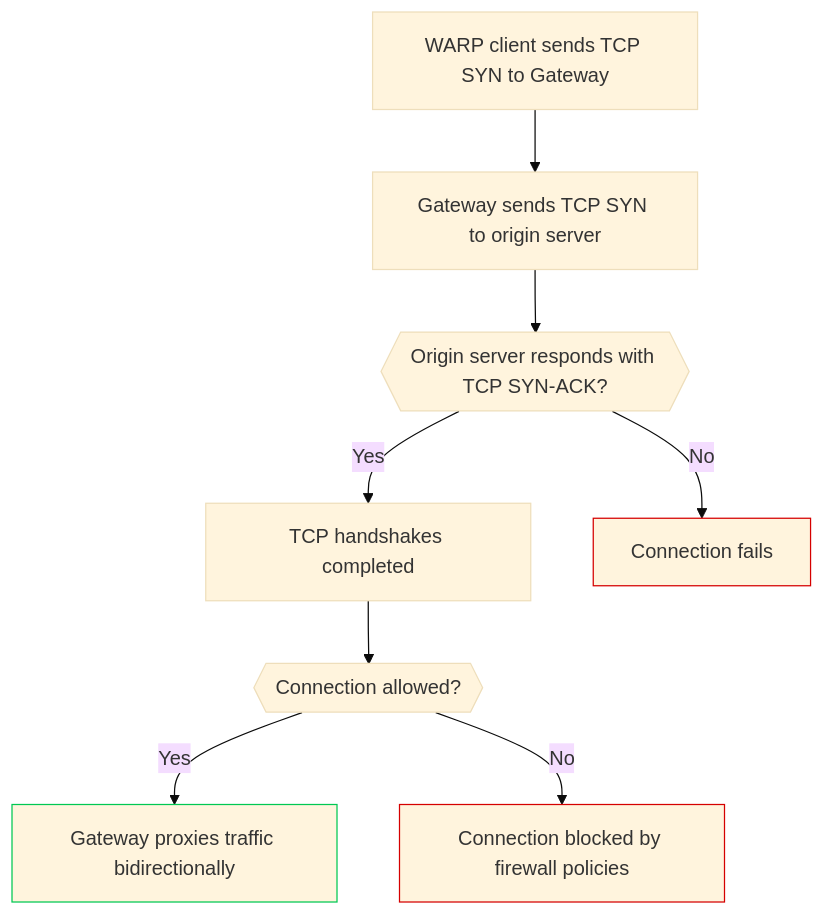
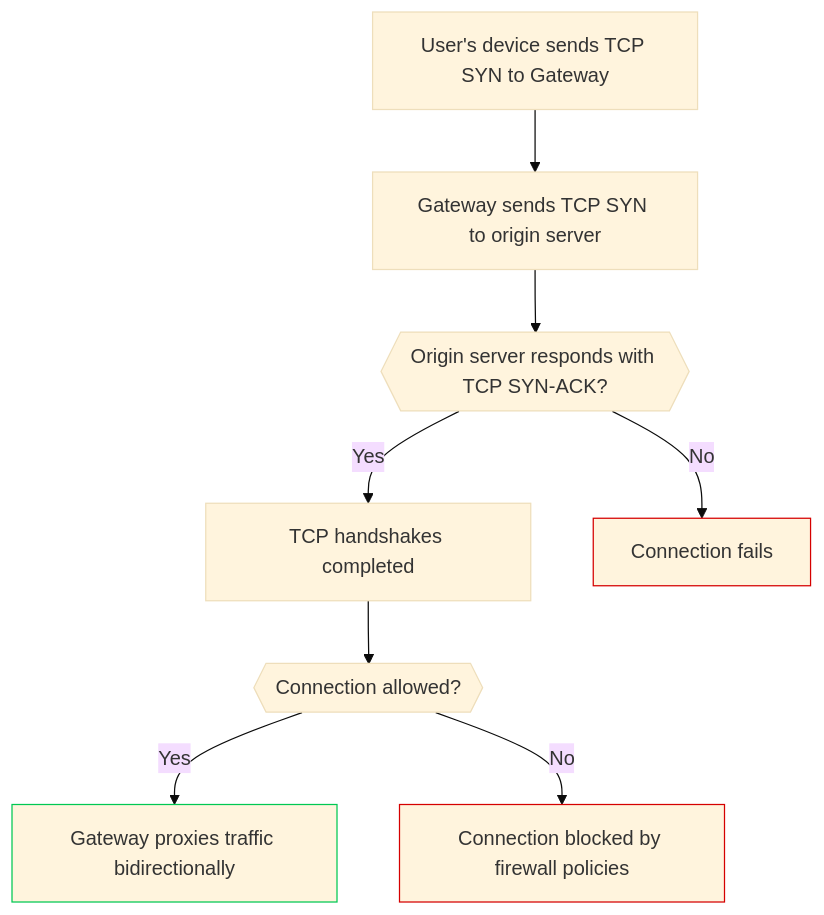
Before and after one commit to cloudflare/cloudflare-docs: the diagram in src/content/docs/cloudflare-one/policies/gateway/proxy.mdx, drawn with Mermaid (base theme).

````diff
--- a/src/content/docs/cloudflare-one/policies/gateway/proxy.mdx
+++ b/src/content/docs/cloudflare-one/policies/gateway/proxy.mdx
@@ -24,20 +24,20 @@
 ```mermaid
 flowchart TD
     %% Accessibility
     accTitle: How Gateway proxy works
     accDescr: Flowchart describing how the Gateway proxy uses the Happy Eyeballs algorithm to establish TCP connections and proxy user traffic.
 
     %% Flowchart
-    A[WARP client sends TCP SYN to Gateway] --> B[Gateway sends TCP SYN to origin server]
+    A[User's device sends TCP SYN to Gateway] --> B[Gateway sends TCP SYN to origin server]
     B --> C{{Origin server responds with TCP SYN-ACK?}}
     C -->|Yes| E[TCP handshakes completed]
     C -->|No| D[Connection fails]
     E --> F{{Connection allowed?}}
     F -->|Yes| G[Gateway proxies traffic bidirectionally]
     F -->|No| H[Connection blocked by firewall policies]
 
     %% Styling
     style D stroke:#D50000
     style G stroke:#00C853
     style H stroke:#D50000
 ```
````
